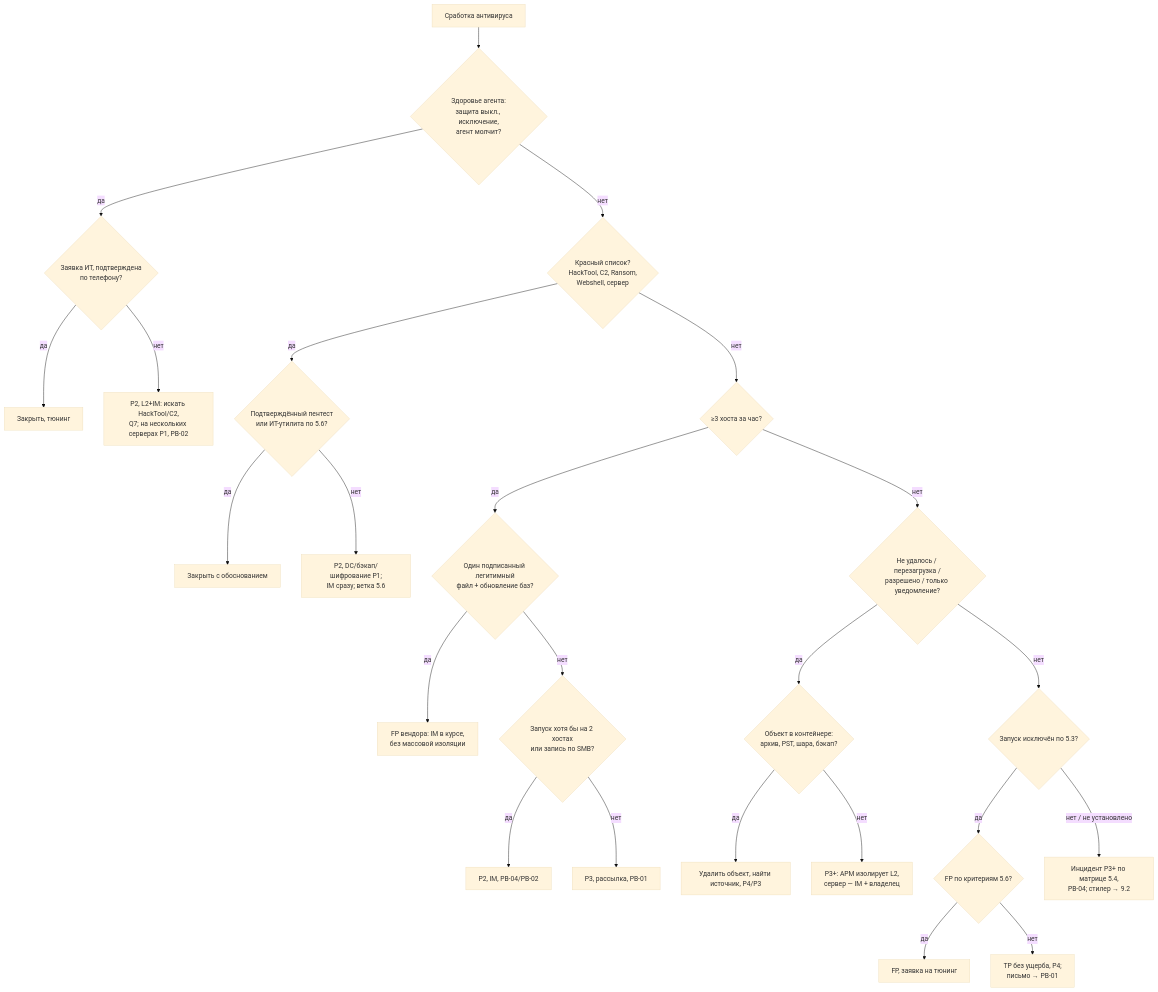
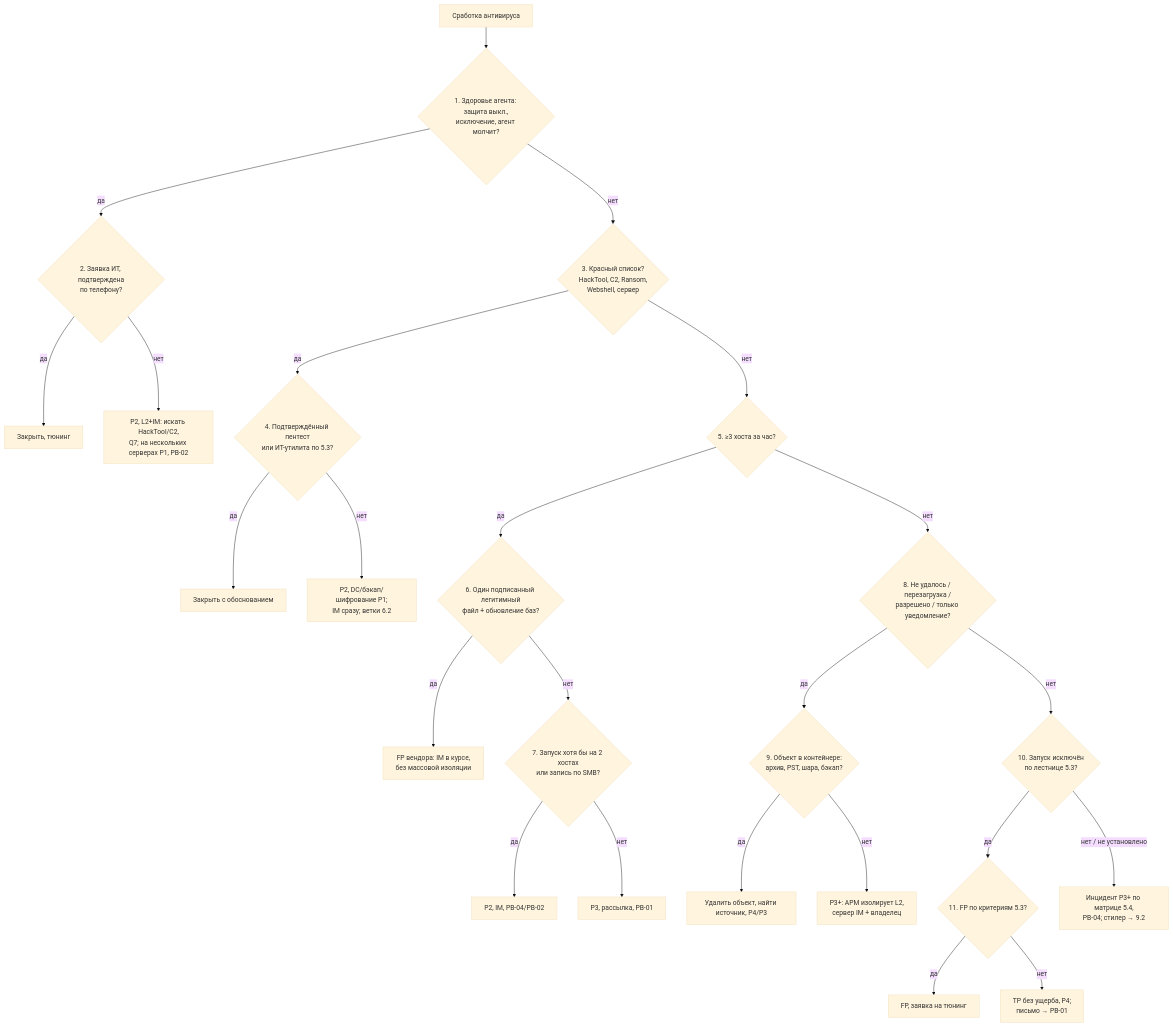
The diagram in playbooks/PB-S3-antivirus-alert.md (vehpbkrby/security-playbook), drawn with Mermaid (base theme) before and after one commit. The commit also changed other lines of this file and 13 other files, not shown here.

````diff
--- a/playbooks/PB-S3-antivirus-alert.md
+++ b/playbooks/PB-S3-antivirus-alert.md
@@ -254,26 +154,26 @@
 ```mermaid
 flowchart TD
-  A[Сработка антивируса] --> H{Здоровье агента:<br/>защита выкл., исключение,<br/>агент молчит?}
-  H -- да --> H1{Заявка ИТ, подтверждена<br/>по телефону?}
+  A[Сработка антивируса] --> H{1. Здоровье агента: защита выкл.,<br/>исключение, агент молчит?}
+  H -- да --> H1{2. Заявка ИТ, подтверждена<br/>по телефону?}
   H1 -- да --> CL1[Закрыть, тюнинг]
   H1 -- нет --> P2a[P2, L2+IM: искать HackTool/C2,<br/>Q7; на нескольких серверах P1, PB-02]
-  H -- нет --> R{Красный список?<br/>HackTool, C2, Ransom,<br/>Webshell, сервер}
-  R -- да --> R1{Подтверждённый пентест<br/>или ИТ-утилита по 5.6?}
+  H -- нет --> R{3. Красный список?<br/>HackTool, C2, Ransom,<br/>Webshell, сервер}
+  R -- да --> R1{4. Подтверждённый пентест<br/>или ИТ-утилита по 5.3?}
   R1 -- да --> CL2[Закрыть с обоснованием]
-  R1 -- нет --> P1P2[P2, DC/бэкап/шифрование P1;<br/>IM сразу; ветка 5.6]
-  R -- нет --> M{≥3 хоста за час?}
-  M -- да --> M1{Один подписанный легитимный<br/>файл + обновление баз?}
+  R1 -- нет --> P1P2[P2, DC/бэкап/шифрование P1;<br/>IM сразу; ветки 6.2]
+  R -- нет --> M{5. ≥3 хоста за час?}
+  M -- да --> M1{6. Один подписанный легитимный<br/>файл + обновление баз?}
   M1 -- да --> FPV[FP вендора: IM в курсе,<br/>без массовой изоляции]
-  M1 -- нет --> M2{Запуск хотя бы на 2 хостах<br/>или запись по SMB?}
+  M1 -- нет --> M2{7. Запуск хотя бы на 2 хостах<br/>или запись по SMB?}
   M2 -- да --> P2b[P2, IM, PB-04/PB-02]
   M2 -- нет --> P3m[P3, рассылка, PB-01]
-  M -- нет --> N{Не удалось / перезагрузка /<br/>разрешено / только уведомление?}
-  N -- да --> N1{Объект в контейнере:<br/>архив, PST, шара, бэкап?}
+  M -- нет --> N{8. Не удалось / перезагрузка /<br/>разрешено / только уведомление?}
+  N -- да --> N1{9. Объект в контейнере:<br/>архив, PST, шара, бэкап?}
   N1 -- да --> P4c[Удалить объект, найти источник, P4/P3]
-  N1 -- нет --> P3a[P3+: АРМ изолирует L2,<br/>сервер — IM + владелец]
-  N -- нет --> E{Запуск исключён по 5.3?}
-  E -- да --> FP{FP по критериям 5.6?}
+  N1 -- нет --> P3a[P3+: АРМ изолирует L2,<br/>сервер IM + владелец]
+  N -- нет --> E{10. Запуск исключён<br/>по лестнице 5.3?}
+  E -- да --> FP{11. FP по критериям 5.3?}
   FP -- да --> CL3[FP, заявка на тюнинг]
   FP -- нет --> P4[TP без ущерба, P4;<br/>письмо → PB-01]
   E -- нет / не установлено --> P3b[Инцидент P3+ по матрице 5.4,<br/>PB-04; стилер → 9.2]
 ```
````
